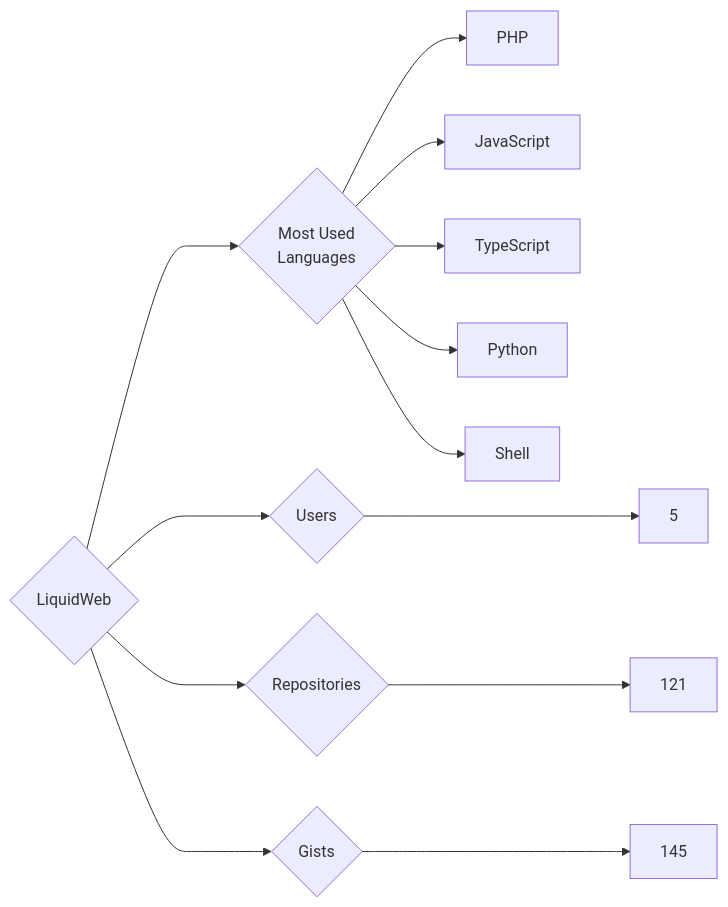
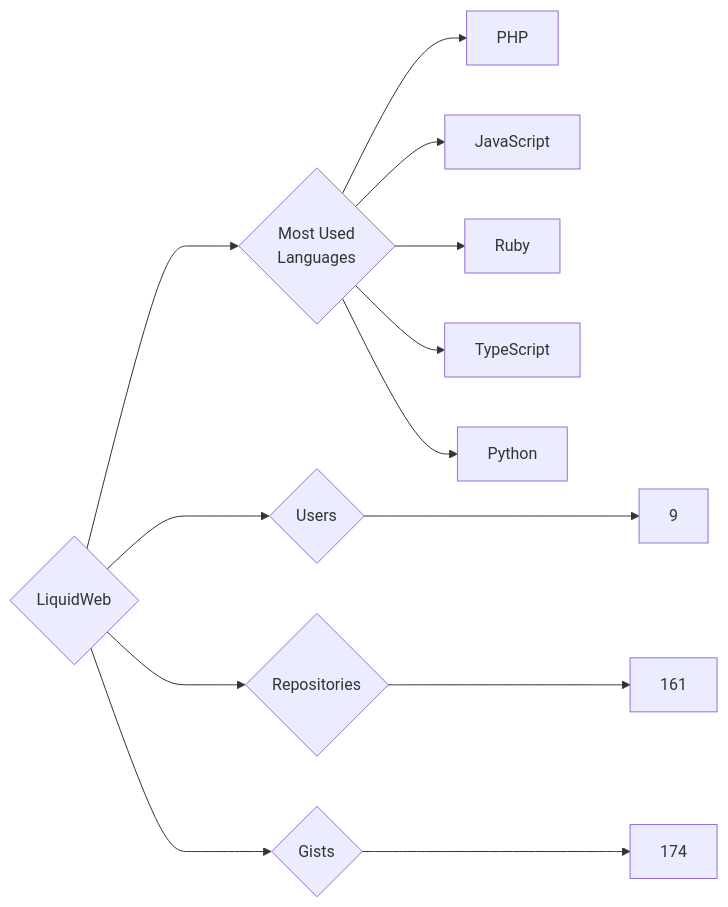
The diagram in targets/LiquidWeb/README.md (trickest/insiders), drawn with Mermaid before and after one commit. The commit also changed 835 other files, not shown here.

````diff
--- a/targets/LiquidWeb/README.md
+++ b/targets/LiquidWeb/README.md
@@ -3,13 +3,13 @@
 ```mermaid
 graph LR
 COMPANY_NAME{LiquidWeb}
-COMPANY_NAME ---> U{Users} ---> UN[5]
-COMPANY_NAME ---> R{Repositories} ---> RN[121]
-COMPANY_NAME ---> G{Gists} ---> GN[145]
+COMPANY_NAME ---> U{Users} ---> UN[9]
+COMPANY_NAME ---> R{Repositories} ---> RN[161]
+COMPANY_NAME ---> G{Gists} ---> GN[174]
 COMPANY_NAME ---> ML{Most Used<br>Languages}
 ML --> PHP[PHP]
 ML --> JavaScript[JavaScript]
+ML --> Ruby[Ruby]
 ML --> TypeScript[TypeScript]
 ML --> Python[Python]
-ML --> Shell[Shell]
 ```
````
